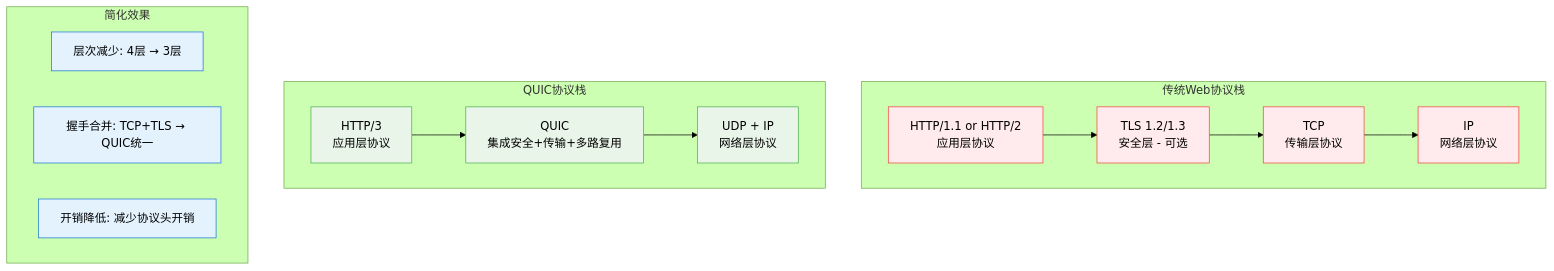
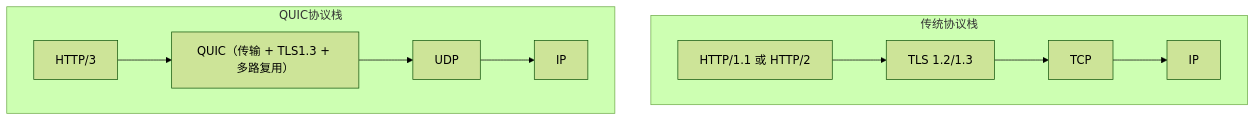
The second of 11 diagrams in 计算机网络/3.7传输层：现代传输技术.md (Dtheme/CS-base), drawn with Mermaid (forest theme) before and after one commit. The commit also changed other lines of this file and 51 other files, not shown here.

````diff
--- a/计算机网络/3.7传输层：现代传输技术.md
+++ b/计算机网络/3.7传输层：现代传输技术.md
@@ -121,36 +86,18 @@
 ```mermaid
 graph TD
-    subgraph "传统Web协议栈"
-        A1[HTTP/1.1 or HTTP/2<br/>应用层协议]
-        A2[TLS 1.2/1.3<br/>安全层 - 可选]
-        A3[TCP<br/>传输层协议]
-        A4[IP<br/>网络层协议]
-        
-        A1 --> A2
-        A2 --> A3
-        A3 --> A4
+    subgraph 传统协议栈
+        A1[HTTP/1.1 或 HTTP/2]
+        A2[TLS 1.2/1.3]
+        A3[TCP]
+        A4[IP]
+        A1 --> A2 --> A3 --> A4
     end
-    
-    subgraph "QUIC协议栈"
-        B1[HTTP/3<br/>应用层协议]
-        B2[QUIC<br/>集成安全+传输+多路复用]
-        B3[UDP + IP<br/>网络层协议]
-        
-        B1 --> B2
-        B2 --> B3
+
+    subgraph QUIC协议栈
+        B1[HTTP/3]
+        B2["QUIC（传输 + TLS1.3 + 多路复用）"]
+        B3[UDP]
+        B4[IP]
+        B1 --> B2 --> B3 --> B4
     end
-    
-    subgraph "简化效果"
-        C1[层次减少: 4层 → 3层]
-        C2[握手合并: TCP+TLS → QUIC统一]
-        C3[开销降低: 减少协议头开销]
-    end
-    
-    classDef traditional fill:#ffebee,stroke:#f44336,color:#000000
-    classDef modern fill:#e8f5e8,stroke:#4caf50,color:#000000
-    classDef benefit fill:#e3f2fd,stroke:#1976d2,color:#000000
-    
-    class A1,A2,A3,A4 traditional
-    class B1,B2,B3 modern
-    class C1,C2,C3 benefit
 ```
````
